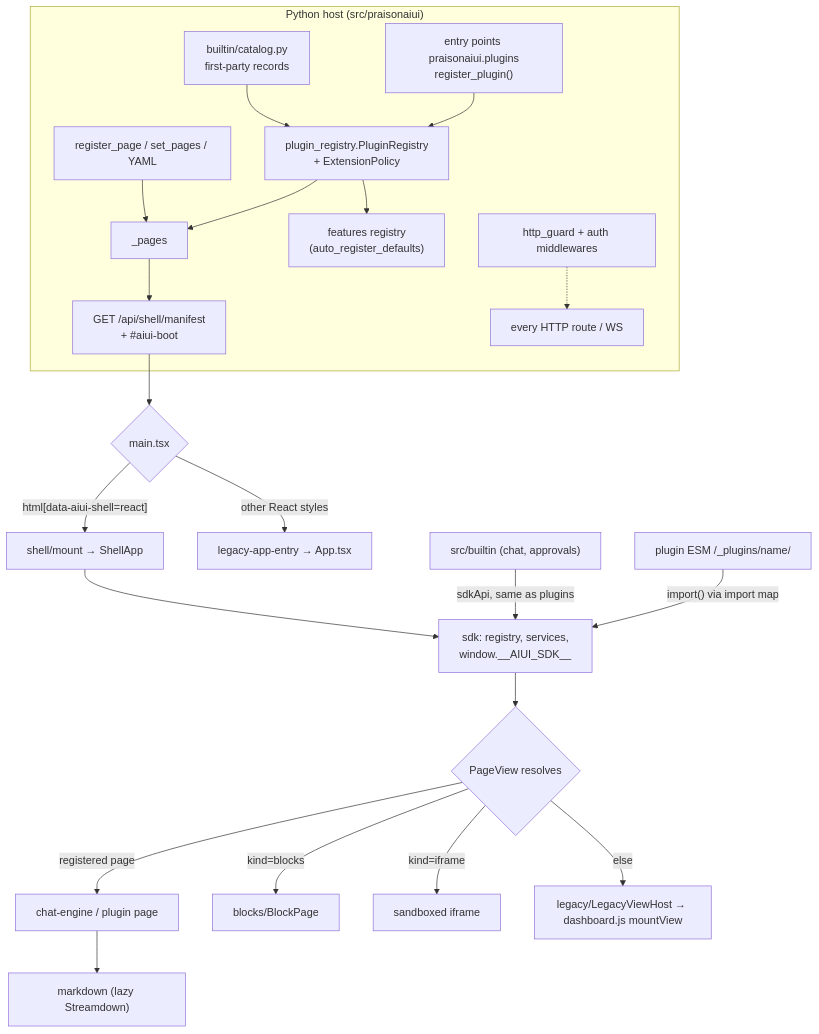
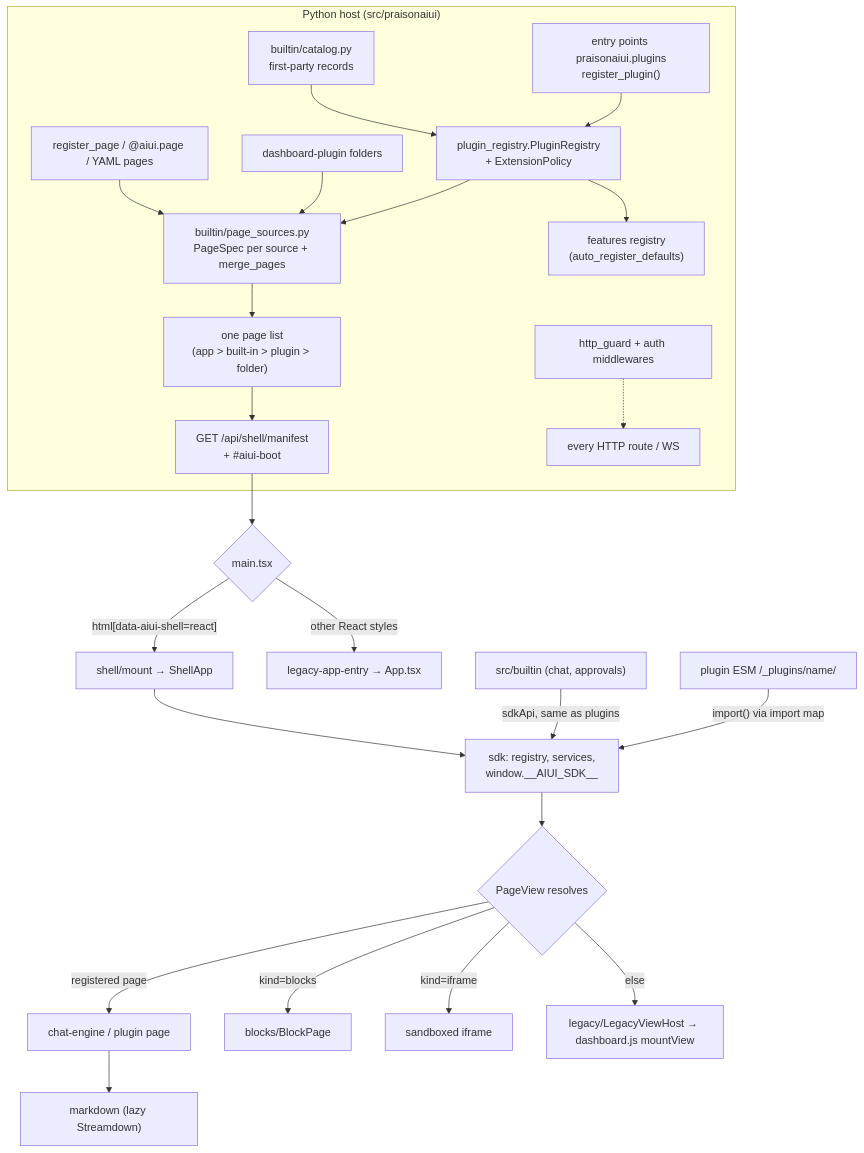
Before and after one commit to MervinPraison/PraisonAIUI: the diagram in ARCHITECTURE.md, drawn with Mermaid. The commit also changed other lines of this file, not shown here.

Commit message:
docs(architecture): R11 size and the page-source diagram follow G6/G9
R11 still gave server.py as 4,471 lines with about 70 create_app
routes, and the layer diagram drew register_page / set_pages / YAML as
a separate path into _pages. R11 now gives the current size and points
at the route-table snapshot; the diagram sends every page source through
builtin/page_sources.py and its one merge.

````diff
--- a/ARCHITECTURE.md
+++ b/ARCHITECTURE.md
@@ -45,24 +45,26 @@
 ```mermaid
 flowchart TB
   subgraph PY["Python host (src/praisonaiui)"]
     CAT["builtin/catalog.py<br/>first-party records"] --> REG["plugin_registry.PluginRegistry<br/>+ ExtensionPolicy"]
     EP["entry points praisonaiui.plugins<br/>register_plugin()"] --> REG
-    APPAPI["register_page / set_pages / YAML"] --> PAGES["_pages"]
-    REG --> PAGES
+    APPAPI["register_page / @aiui.page / YAML pages"] --> SRC["builtin/page_sources.py<br/>PageSpec per source + merge_pages"]
+    DPF["dashboard-plugin folders"] --> SRC
+    REG --> SRC
+    SRC --> PAGES["one page list<br/>(app > built-in > plugin > folder)"]
     REG --> FEAT["features registry<br/>(auto_register_defaults)"]
     PAGES --> MAN["GET /api/shell/manifest<br/>+ #aiui-boot"]
     GUARD["http_guard + auth middlewares"] -.-> ROUTES["every HTTP route / WS"]
   end
   MAN --> BOOT{"main.tsx"}
   BOOT -->|"html[data-aiui-shell=react]"| SHELL["shell/mount → ShellApp"]
   BOOT -->|"other React styles"| LAPP["legacy-app-entry → App.tsx"]
   SHELL --> SDK["sdk: registry, services,<br/>window.__AIUI_SDK__"]
   BI["src/builtin (chat, approvals)"] -->|"sdkApi, same as plugins"| SDK
   PLUG["plugin ESM /_plugins/name/"] -->|"import() via import map"| SDK
   SDK --> RES{"PageView resolves"}
   RES -->|"registered page"| CE["chat-engine / plugin page"]
   RES -->|"kind=blocks"| BLK["blocks/BlockPage"]
   RES -->|"kind=iframe"| IFR["sandboxed iframe"]
   RES -->|"else"| LVH["legacy/LegacyViewHost → dashboard.js mountView"]
   CE --> MD["markdown (lazy Streamdown)"]
 ```
````
